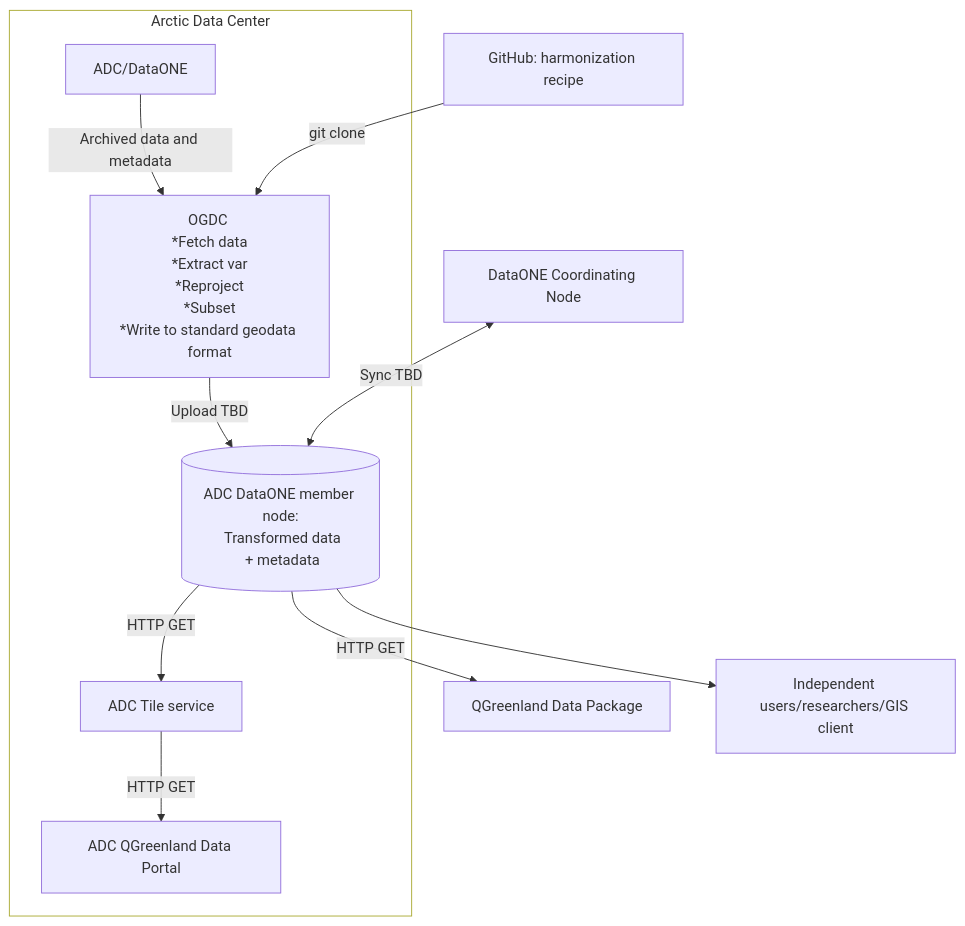
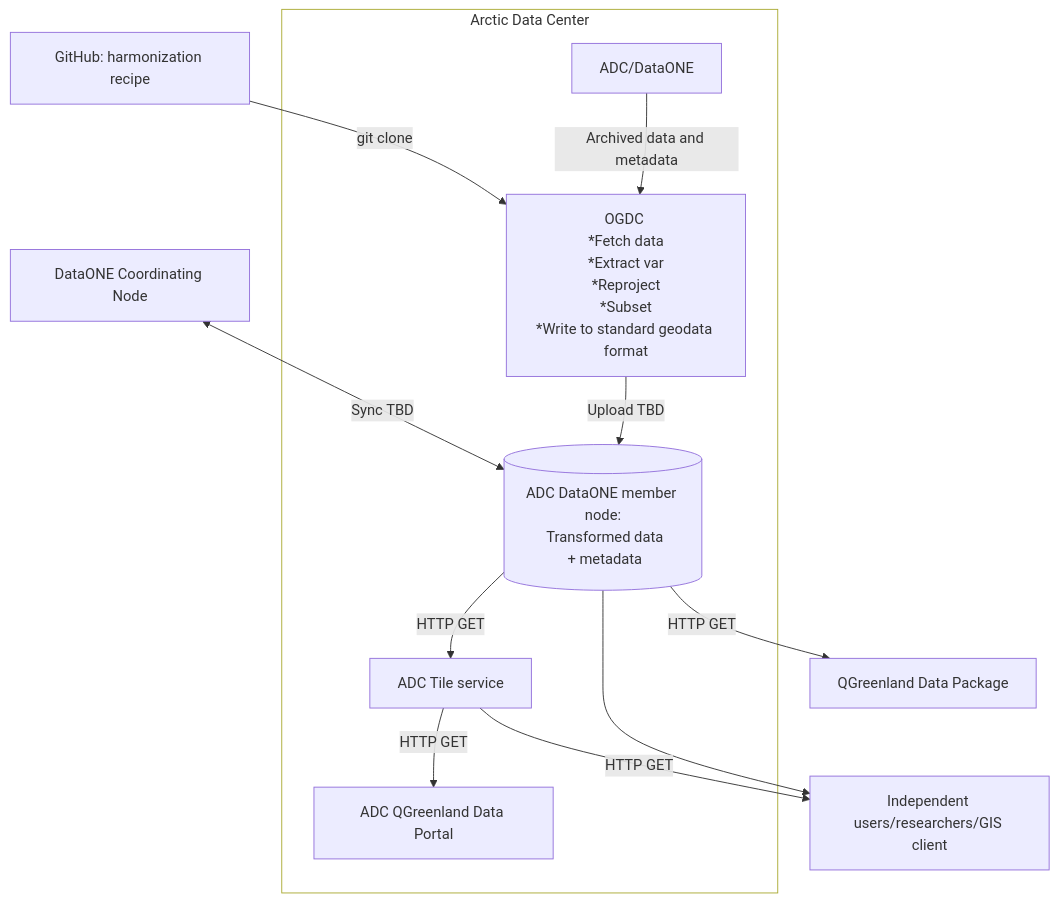
Before and after one commit to QGreenland-Net/qgreenland-net.github.io: the diagram in diagrams/high-level-architecture.qmd, drawn with Mermaid.

Commit message:
Add relationship between tile service and other consumers
As suggested by Matt Jones

````diff
--- a/diagrams/high-level-architecture.qmd
+++ b/diagrams/high-level-architecture.qmd
@@ -6,25 +6,26 @@
 ```{mermaid}
 flowchart TD
   ADC[ADC/DataONE]
   OGDC[OGDC <br/>*Fetch data<br/>*Extract var<br/>*Reproject<br/>*Subset<br/>*Write to standard geodata format]
   TILE_SERVICE[ADC Tile service]
   DATA_STORE[(ADC DataONE member node:<br/> Transformed data<br/> + metadata)]
   COORDINATING_NODE[DataONE Coordinating Node]
   WEB_PORTAL[ADC QGreenland Data Portal]
   RECIPE[GitHub: harmonization recipe]
   QGR[QGreenland Data Package]
   OTHER_CONSUMERS[Independent users/researchers/GIS client]
 
   subgraph ADC_SYSTEM[Arctic Data Center]
     ADC -->|Archived data and metadata| OGDC
     OGDC -->|Upload TBD| DATA_STORE
     DATA_STORE -->|HTTP GET| TILE_SERVICE
     TILE_SERVICE -->|HTTP GET| WEB_PORTAL
   end
   RECIPE -->|git clone| OGDC
   DATA_STORE -->|HTTP GET| QGR
   DATA_STORE --> OTHER_CONSUMERS
+  TILE_SERVICE -->|HTTP GET| OTHER_CONSUMERS
   COORDINATING_NODE <-->|Sync TBD| DATA_STORE
 
   style ADC_SYSTEM fill:#FFFFFF;
 ```
````
